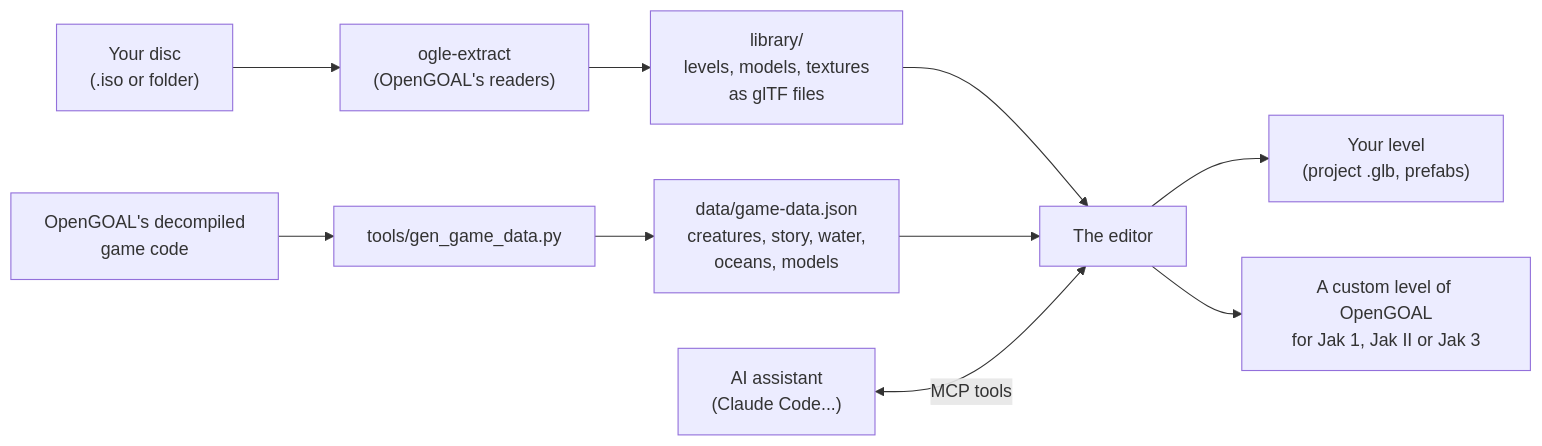
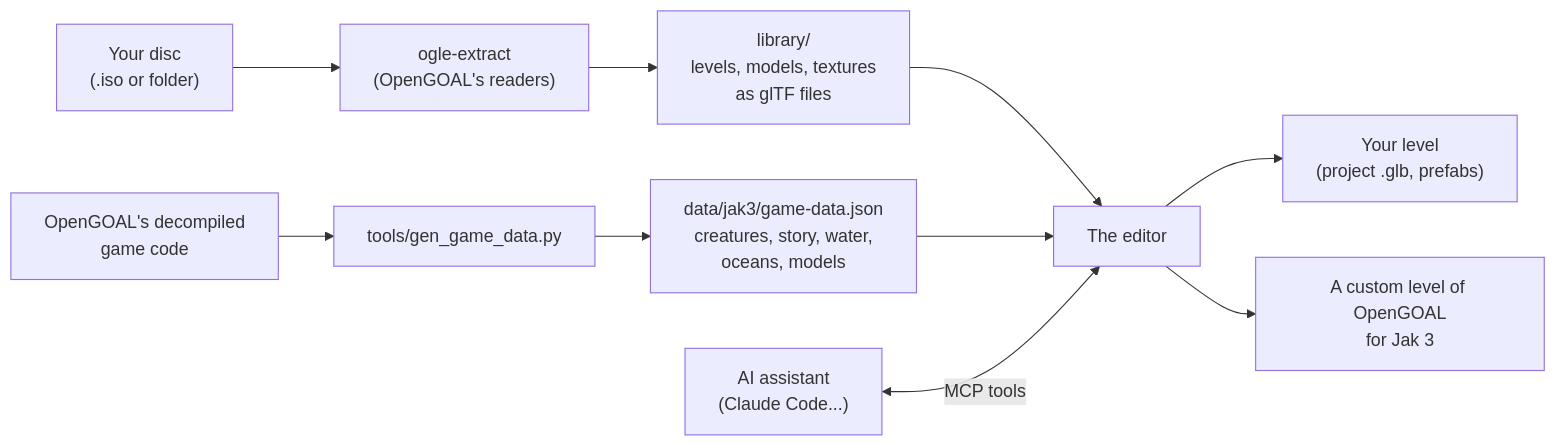
Before and after one commit to whozghiar/jak-level-editor: the diagram in docs/captures/README.md, drawn with Mermaid. The commit also changed other lines of this file and 81 other files, not shown here.

````diff
--- a/docs/captures/README.md
+++ b/docs/captures/README.md
@@ -31,12 +31,12 @@
 ```mermaid
 flowchart LR
     disc["Your disc<br/>(.iso or folder)"] --> extract["ogle-extract<br/>(OpenGOAL's readers)"]
     extract --> library["library/<br/>levels, models, textures<br/>as glTF files"]
     code["OpenGOAL's decompiled<br/>game code"] --> gen["tools/gen_game_data.py"]
-    gen --> data["data/game-data.json<br/>creatures, story, water,<br/>oceans, models"]
+    gen --> data["data/jak3/game-data.json<br/>creatures, story, water,<br/>oceans, models"]
     library --> editor["The editor"]
     data --> editor
     editor --> project["Your level<br/>(project .glb, prefabs)"]
-    editor --> export["A custom level of OpenGOAL<br/>for Jak 1, Jak II or Jak 3"]
+    editor --> export["A custom level of OpenGOAL<br/>for Jak 3"]
     assistant["AI assistant<br/>(Claude Code...)"] <-->|"MCP tools"| editor
 ```
````
